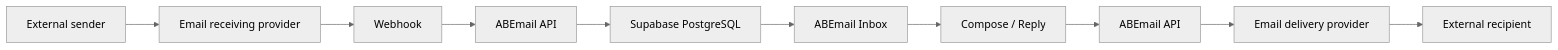
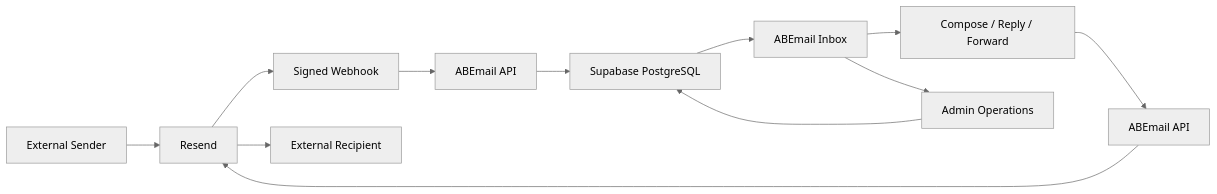
Before and after one commit to gODtECH-Ctl-Create/ABEmail-Mail: the diagram in README.md, drawn with Mermaid (neutral theme). The commit also changed other lines of this file, not shown here.

````diff
--- a/README.md
+++ b/README.md
@@ -55,13 +101,16 @@
 ```mermaid
 graph LR
-    A[External sender] --> B[Email receiving provider]
-    B --> C[Webhook]
+    A[External Sender] --> B[Resend]
+    B --> C[Signed Webhook]
     C --> D[ABEmail API]
     D --> E[Supabase PostgreSQL]
     E --> F[ABEmail Inbox]
 
-    F --> G[Compose / Reply]
+    F --> G[Compose / Reply / Forward]
     G --> H[ABEmail API]
-    H --> I[Email delivery provider]
-    I --> J[External recipient]
+    H --> B
+    B --> I[External Recipient]
+
+    F --> J[Admin Operations]
+    J --> E
 ```
````
